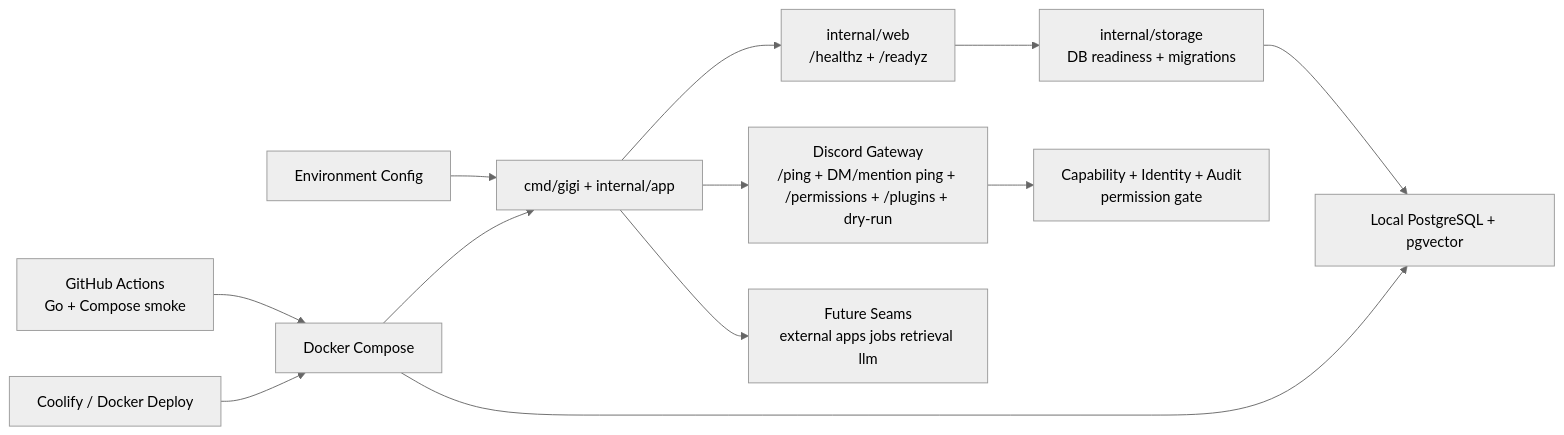
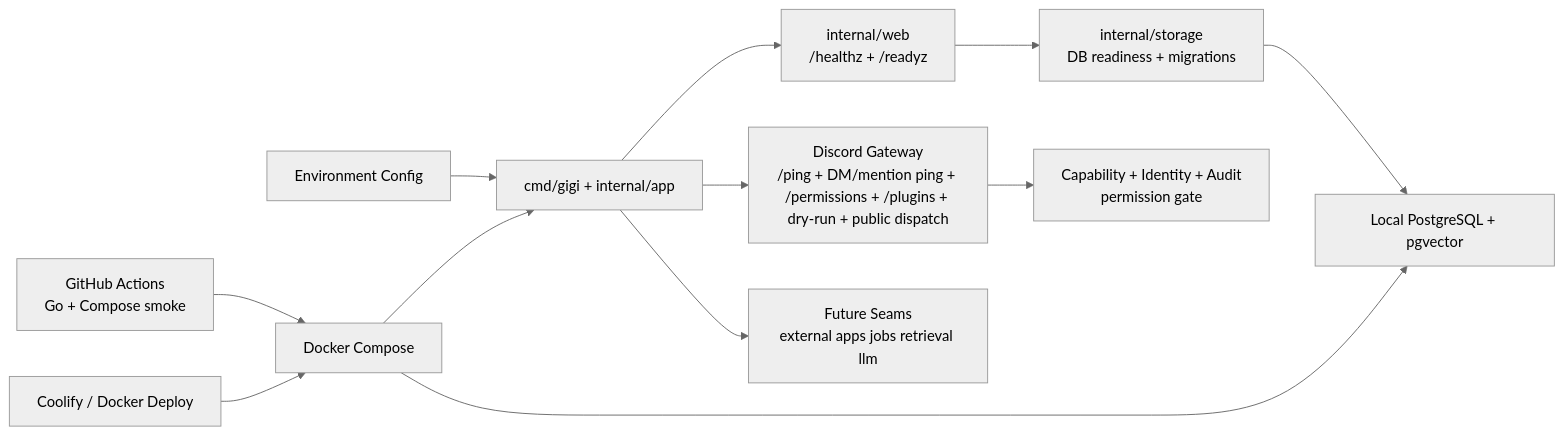
Before and after one commit to gOps132/GigiDC: the diagram in docs/diagrams/system-overview.md, drawn with Mermaid (neutral theme). The commit also changed other lines of this file and 18 other files, not shown here.

Commit message:
feat: dispatch public external app commands

````diff
--- a/docs/diagrams/system-overview.md
+++ b/docs/diagrams/system-overview.md
@@ -10,26 +10,26 @@
 ```mermaid
 flowchart LR
   Env["Environment Config"]
   App["cmd/gigi + internal/app"]
   Web["internal/web<br/>/healthz + /readyz"]
   Ready["internal/storage<br/>DB readiness + migrations"]
   DB["Local PostgreSQL + pgvector"]
-  Discord["Discord Gateway<br/>/ping + DM/mention ping + /permissions + /plugins + dry-run"]
+  Discord["Discord Gateway<br/>/ping + DM/mention ping + /permissions + /plugins + dry-run + public dispatch"]
   Security["Capability + Identity + Audit<br/>permission gate"]
   Seams["Future Seams<br/>external apps jobs retrieval llm"]
   Compose["Docker Compose"]
   CI["GitHub Actions<br/>Go + Compose smoke"]
   Deploy["Coolify / Docker Deploy"]
 
   Env --> App
   App --> Web
   App --> Discord
   Discord --> Security
   Web --> Ready
   Ready --> DB
   App --> Seams
   Compose --> App
   Compose --> DB
   CI --> Compose
   Deploy --> Compose
 ```
````
